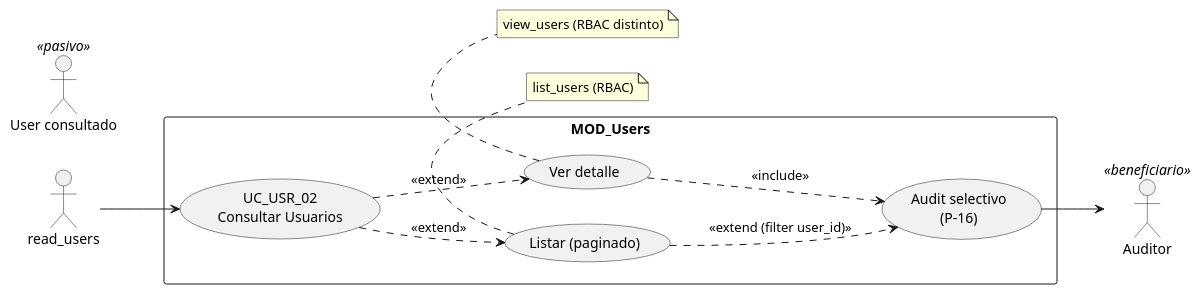
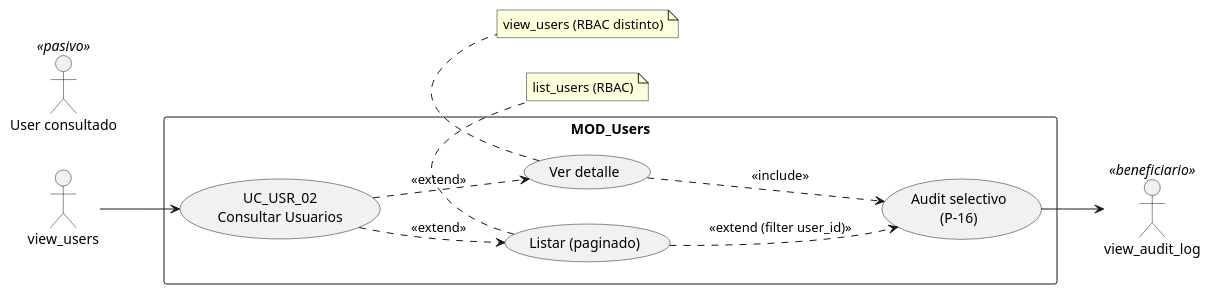
Before and after one commit to jcg-admin/IACT-docs: the first of 4 diagrams in source/requisitos/casos-uso/users/uc-usr-02/diagramas-uml.rst, drawn with PlantUML. The commit also changed 157 other files, not shown here.

First line of the commit message:
Enforce catalog function names across all diagrams

```diff
--- a/source/requisitos/casos-uso/users/uc-usr-02/diagramas-uml.rst
+++ b/source/requisitos/casos-uso/users/uc-usr-02/diagramas-uml.rst
@@ -10,33 +10,33 @@
 .. uml::
  :caption: UC_USR_02 — actores y casos asociados
 
  @startuml
 
  left to right direction
 
- actor "read_users" as INVOKER
+ actor "view_users" as INVOKER
  actor "User consultado" as TARGET <<pasivo>>
- actor "Auditor" as AUD <<beneficiario>>
+ actor "view_audit_log" as AUD <<beneficiario>>
 
  rectangle "MOD_Users" {
    usecase "UC_USR_02\nConsultar Usuarios" as UC02
    usecase "Listar (paginado)" as LST
    usecase "Ver detalle" as DET
    usecase "Audit selectivo\n(P-16)" as AUDS
  }
 
  INVOKER --> UC02
  UC02 ..> LST : <<extend>>
  UC02 ..> DET : <<extend>>
  LST ..> AUDS : <<extend (filter user_id)>>
  DET ..> AUDS : <<include>>
  AUDS --> AUD
 
  note bottom of LST
    list_users (RBAC)
  end note
  note bottom of DET
    view_users (RBAC distinto)
  end note
 
  @enduml
```
